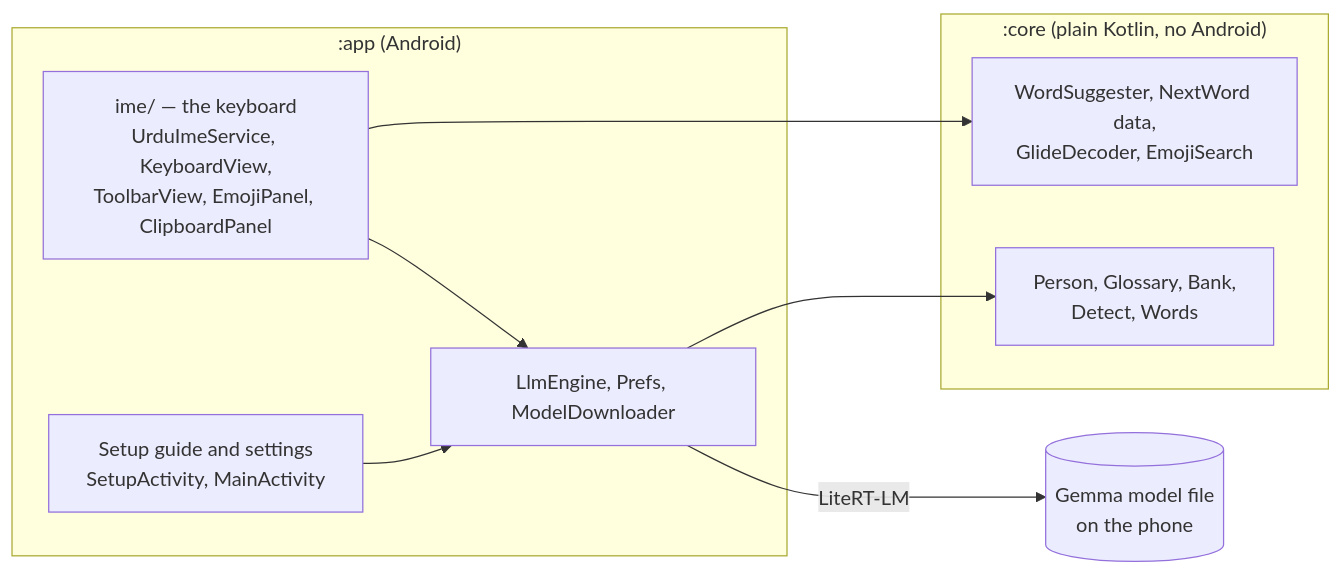
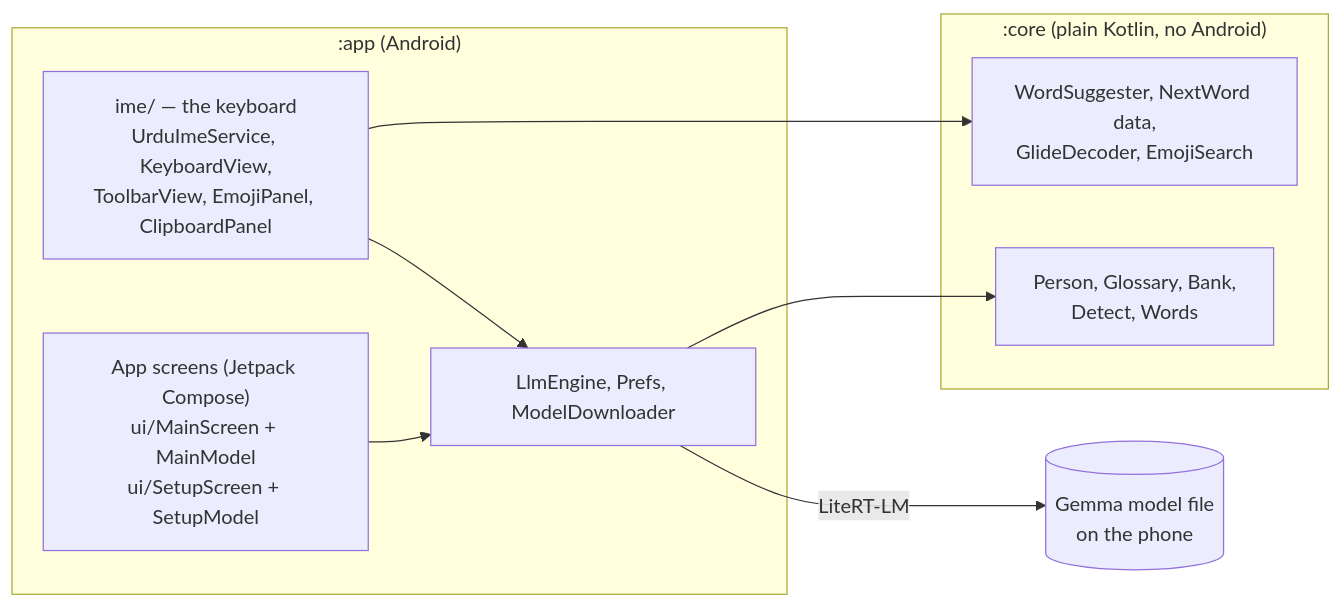
One commit to pauldeggington/roman-urdu-keyboard changed the diagram in docs/ARCHITECTURE.md. Above: the diagram before and after it, drawn with Mermaid. The commit also changed other lines of this file and 4 other files, not shown here.

First line of the commit message:
Docs: Compose architecture, contributor guide, changelog 2.2, README

````diff
--- a/docs/ARCHITECTURE.md
+++ b/docs/ARCHITECTURE.md
@@ -5,17 +5,17 @@
 ```mermaid
 flowchart LR
   subgraph app[":app (Android)"]
     IME["ime/ — the keyboard<br/>UrduImeService, KeyboardView,<br/>ToolbarView, EmojiPanel, ClipboardPanel"]
-    UI["Setup guide and settings<br/>SetupActivity, MainActivity"]
+    UI["App screens (Jetpack Compose)<br/>ui/MainScreen + MainModel<br/>ui/SetupScreen + SetupModel"]
     ENG["LlmEngine, Prefs, ModelDownloader"]
   end
   subgraph core[":core (plain Kotlin, no Android)"]
     SUG["WordSuggester, NextWord data,<br/>GlideDecoder, EmojiSearch"]
     TR["Person, Glossary, Bank,<br/>Detect, Words"]
   end
   IME --> SUG
   IME --> ENG
   UI --> ENG
   ENG --> TR
   ENG -->|LiteRT-LM| GEMMA[("Gemma model file<br/>on the phone")]
 ```
````
